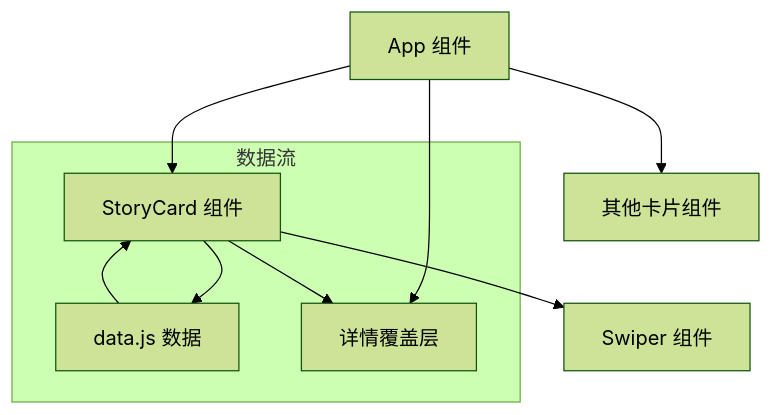
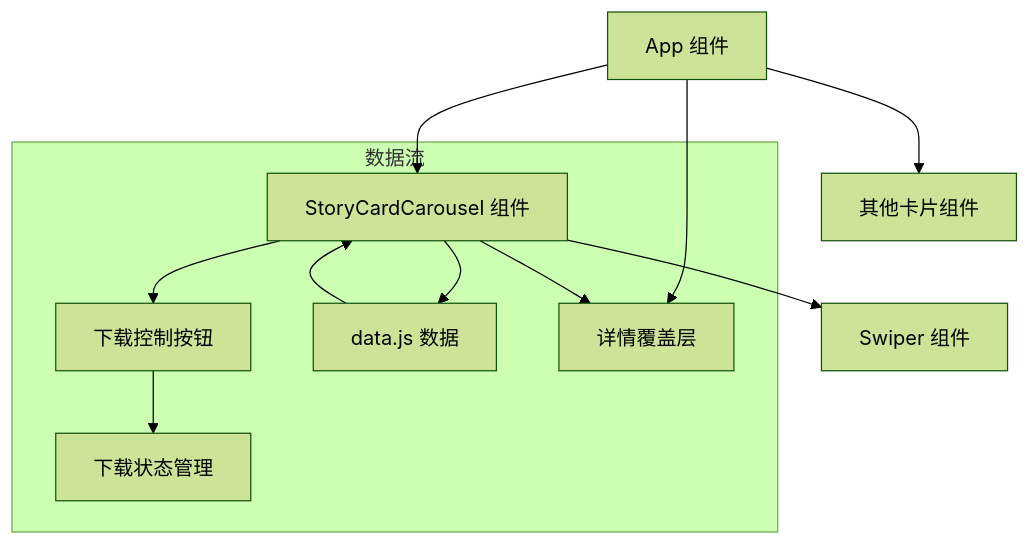
Before and after one commit to billye220670/newSquare: diagram 13 of 14 in .qoder/repowiki/zh/content/内容卡片系统/单品故事卡片.md, drawn with Mermaid (forest theme). The commit also changed other lines of this file and 7 other files, not shown here.

````diff
--- a/.qoder/repowiki/zh/content/内容卡片系统/单品故事卡片.md
+++ b/.qoder/repowiki/zh/content/内容卡片系统/单品故事卡片.md
@@ -369,12 +474,14 @@
 ```mermaid
 graph TB
-App[App 组件] --> StoryCard[StoryCard 组件]
+App[App 组件] --> StoryCardCarousel[StoryCardCarousel 组件]
 App --> OtherCards[其他卡片组件]
-StoryCard --> Swiper[Swiper 组件]
-StoryCard --> Data[data.js 数据]
+StoryCardCarousel --> Swiper[Swiper 组件]
+StoryCardCarousel --> VideoCtaButton[下载控制按钮]
+StoryCardCarousel --> Data[data.js 数据]
 App --> DetailOverlay[详情覆盖层]
 subgraph "数据流"
-Data --> StoryCard
-StoryCard --> DetailOverlay
+Data --> StoryCardCarousel
+StoryCardCarousel --> DetailOverlay
+VideoCtaButton --> Downloads[下载状态管理]
 end
 ```
````
